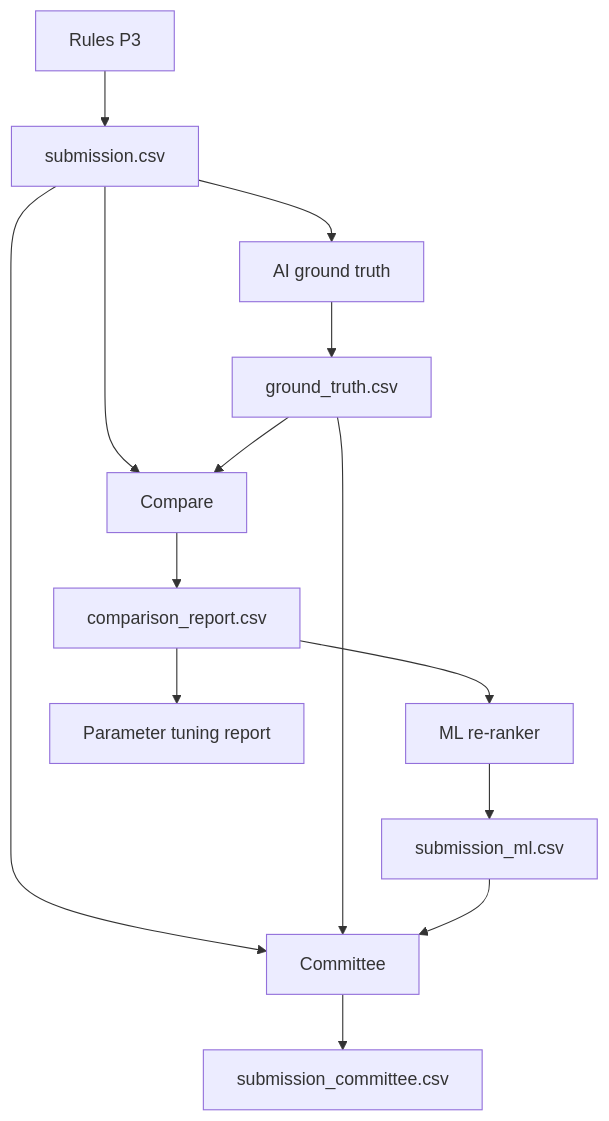
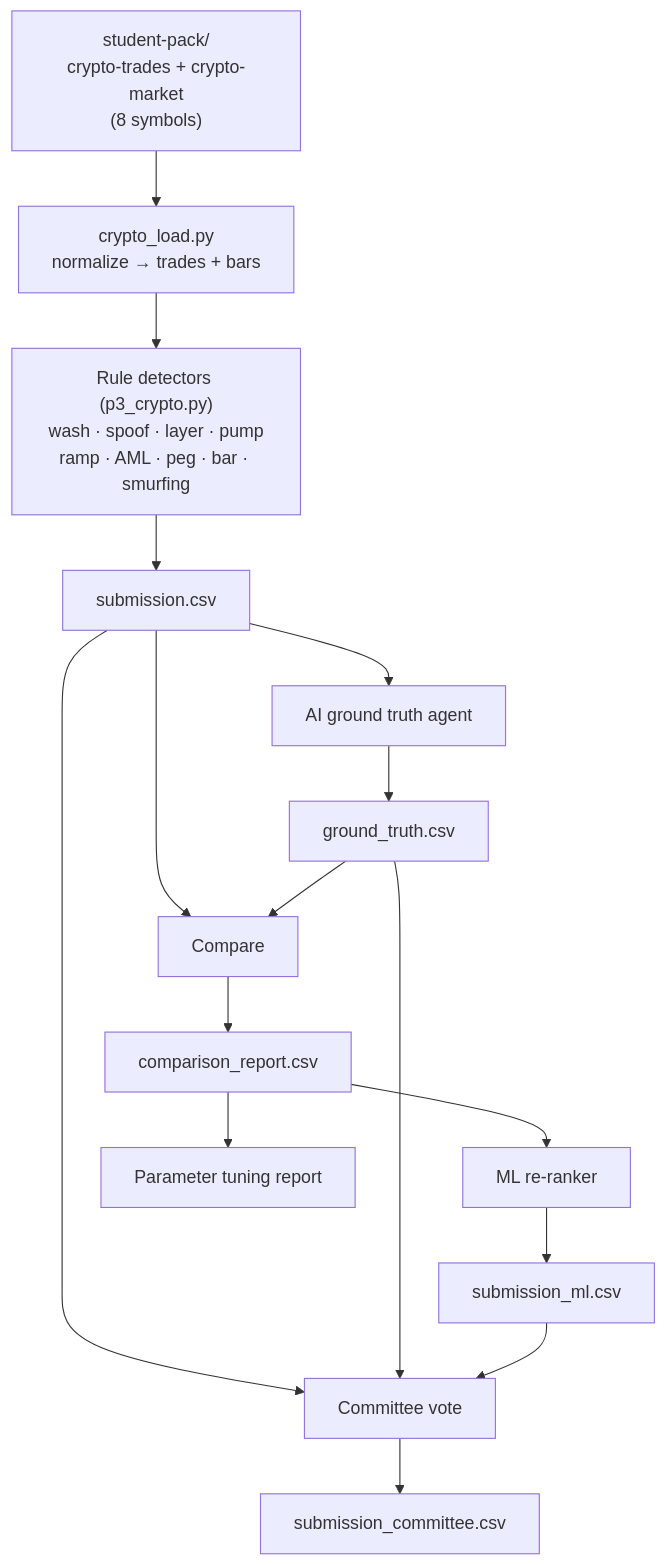
The third of 3 diagrams in README.md (Tirth-1999/trade-surveillance-platform), drawn with Mermaid before and after one commit. The commit also changed other lines of this file, not shown here.

Commit message:
docs: add data-loading + rule-detector steps to crypto pipeline diagram
Made-with: Cursor

````diff
--- a/README.md
+++ b/README.md
@@ -56,16 +56,23 @@
 ```mermaid
 flowchart TD
-  R[Rules P3] --> SUB[submission.csv]
-  SUB --> GT[AI ground truth]
+  DATA["student-pack/<br/>crypto-trades + crypto-market<br/>(8 symbols)"]
+  LOAD[crypto_load.py<br/>normalize → trades + bars]
+  DATA --> LOAD
+  LOAD --> R
+
+  R["Rule detectors (p3_crypto.py)<br/>wash · spoof · layer · pump<br/>ramp · AML · peg · bar · smurfing"]
+  R --> SUB[submission.csv]
+
+  SUB --> GT[AI ground truth agent]
   GT --> GTCSV[ground_truth.csv]
   SUB --> CMP[Compare]
   GTCSV --> CMP
   CMP --> CR[comparison_report.csv]
   CR --> ML[ML re-ranker]
   ML --> MLS[submission_ml.csv]
-  SUB --> COM[Committee]
+  SUB --> COM[Committee vote]
   GTCSV --> COM
   MLS --> COM
   COM --> FIN[submission_committee.csv]
   CR --> TUNE[Parameter tuning report]
 ```
````
